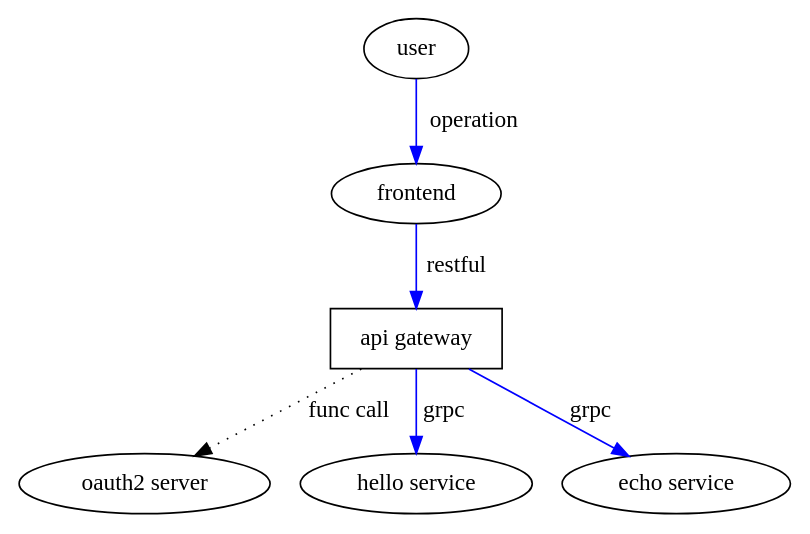
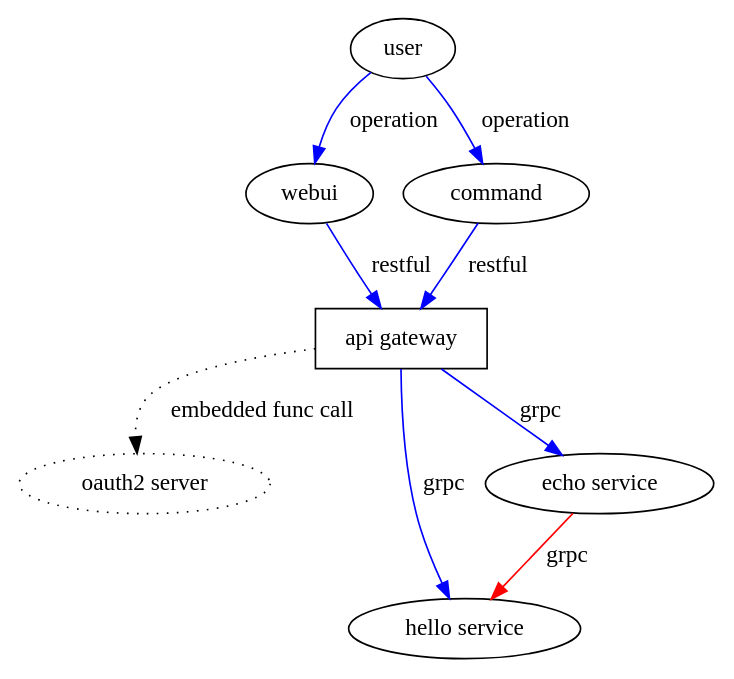
Before and after one commit to vogo/grpcapi: the diagram in doc/design/architecture.dot, drawn with Graphviz.

Commit message:
update architecture

```diff
--- a/doc/design/architecture.dot
+++ b/doc/design/architecture.dot
@@ -1,13 +1,16 @@
 digraph architecture{
   user [label="user"];
-  frontend [label="frontend"];
-  oauth2 [label="oauth2 server"];
+  ui [label="webui"];
+  cmd [label="command"];
+  oauth2 [label="oauth2 server",style=dotted];
   gw [label="api gateway",shape=box,comment="authentication,authorization,grpc gateway"];
   hello [label="hello service"];
   echo [label="echo service"];
  
-  user -> frontend [label="operation",color=blue]
-  frontend -> gw [label="restful",color=blue]
-  gw -> oauth2 [label="func call",style=dotted];
+  user -> { ui cmd } [label="operation",color=blue]
+  { ui cmd } -> gw [label="restful",color=blue]
+  gw -> oauth2 [label="embedded func call",style=dotted];
   gw -> { hello echo } [label=grpc,color=blue];
+  
+  echo -> hello [label=grpc,color=red];
 }
```
